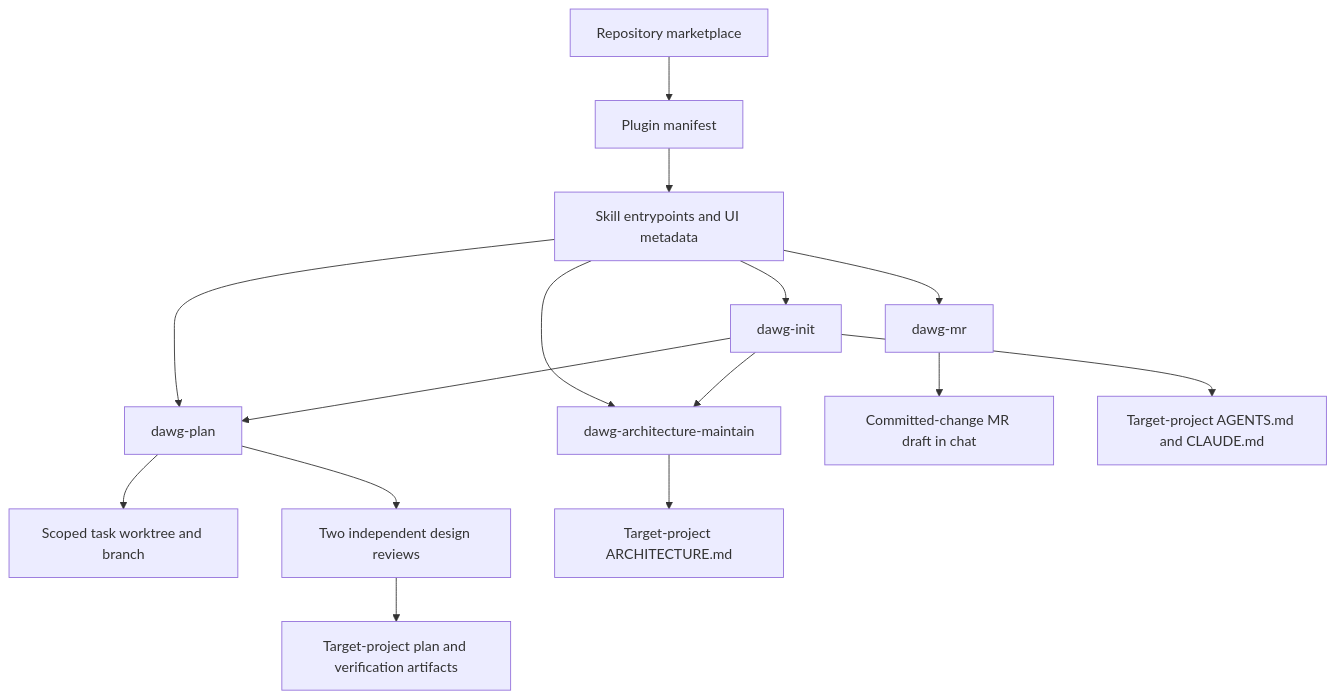
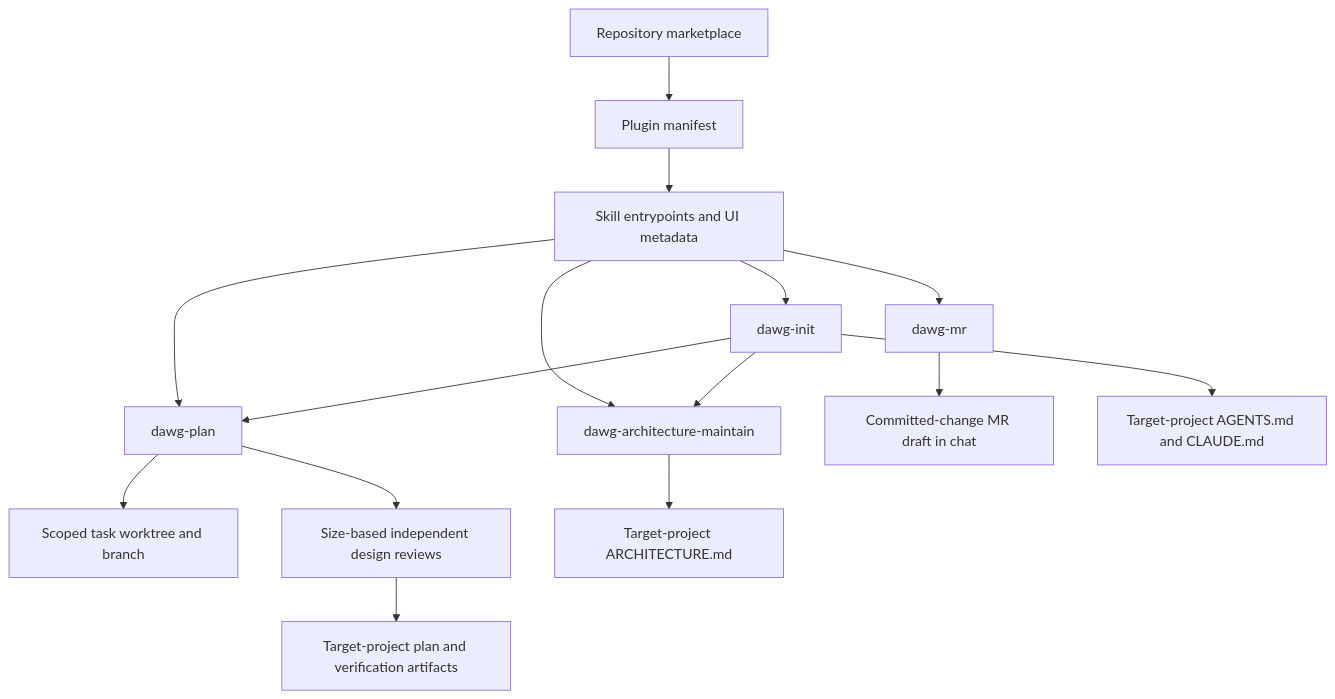
Before and after one commit to pdawgy-sg/pdawgy-skills: the diagram in ARCHITECTURE.md, drawn with Mermaid. The commit also changed other lines of this file and 12 other files, not shown here.

Commit message:
feat(dawg-plan): select reviewers by change size

````diff
--- a/ARCHITECTURE.md
+++ b/ARCHITECTURE.md
@@ -92,17 +95,17 @@
 ```mermaid
 flowchart TD
     Marketplace[Repository marketplace] --> Manifest[Plugin manifest]
     Manifest --> Skills[Skill entrypoints and UI metadata]
     Skills --> Init[dawg-init]
     Skills --> Plan[dawg-plan]
     Skills --> Maintain[dawg-architecture-maintain]
     Skills --> MR[dawg-mr]
     MR --> Message[Committed-change MR draft in chat]
     Init --> Plan
     Init --> Maintain
     Plan --> Worktree[Scoped task worktree and branch]
-    Plan --> Reviews[Two independent design reviews]
+    Plan --> Reviews[Size-based independent design reviews]
     Reviews --> Artifacts[Target-project plan and verification artifacts]
     Init --> Guidance[Target-project AGENTS.md and CLAUDE.md]
     Maintain --> Architecture[Target-project ARCHITECTURE.md]
 ```
````
